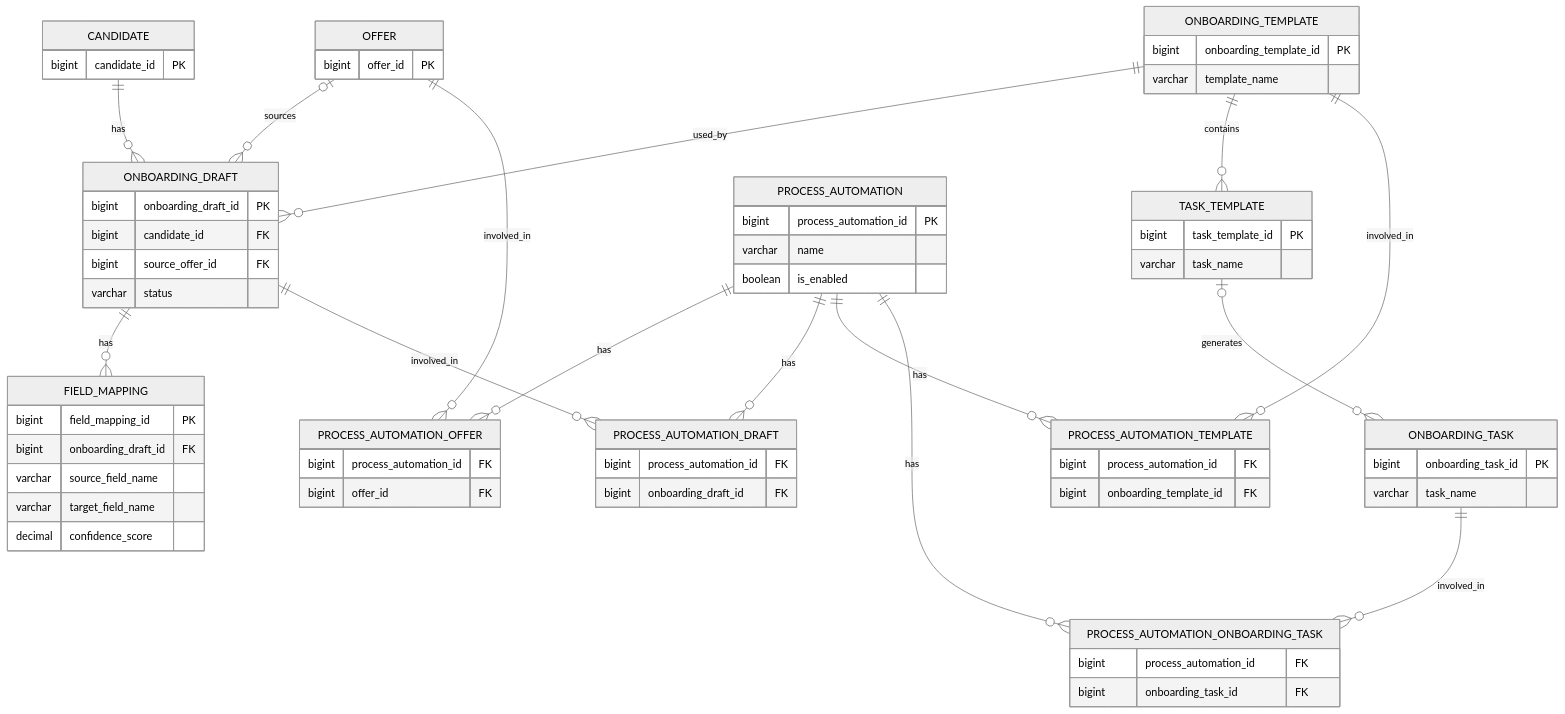
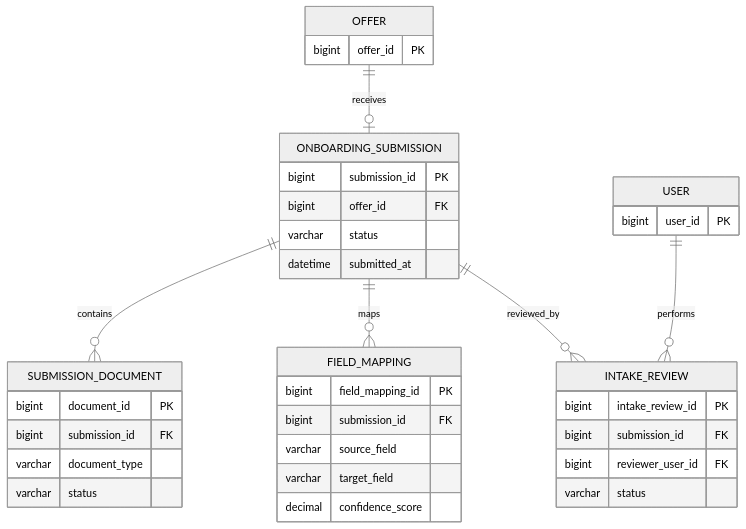
The fourth of 7 diagrams in docs/README.md (Huy1801214/HR), drawn with Mermaid (neutral theme) before and after one commit. The commit also changed other lines of this file, not shown here.

Commit message:
dd HR platform onboarding documentation and entity relationship diagrams

````diff
--- a/docs/README.md
+++ b/docs/README.md
@@ -231,83 +244,51 @@
 ```mermaid
 erDiagram
-
-    CANDIDATE {
-        bigint candidate_id PK
-    }
 
     OFFER {
         bigint offer_id PK
     }
 
-    ONBOARDING_DRAFT {
-        bigint onboarding_draft_id PK
-        bigint candidate_id FK
-        bigint source_offer_id FK
-        varchar status
+    USER {
+        bigint user_id PK
     }
 
-    ONBOARDING_TEMPLATE {
-        bigint onboarding_template_id PK
-        varchar template_name
+    ONBOARDING_SUBMISSION {
+        bigint submission_id PK
+        bigint offer_id FK
+        varchar status
+        datetime submitted_at
     }
 
-    TASK_TEMPLATE {
-        bigint task_template_id PK
-        varchar task_name
-    }
-
-    ONBOARDING_TASK {
-        bigint onboarding_task_id PK
-        varchar task_name
+    SUBMISSION_DOCUMENT {
+        bigint document_id PK
+        bigint submission_id FK
+        varchar document_type
+        varchar status
     }
 
     FIELD_MAPPING {
         bigint field_mapping_id PK
-        bigint onboarding_draft_id FK
-        varchar source_field_name
-        varchar target_field_name
+        bigint submission_id FK
+        varchar source_field
+        varchar target_field
         decimal confidence_score
     }
 
-    PROCESS_AUTOMATION {
-        bigint process_automation_id PK
-        varchar name
-        boolean is_enabled
+    INTAKE_REVIEW {
+        bigint intake_review_id PK
+        bigint submission_id FK
+        bigint reviewer_user_id FK
+        varchar status
     }
 
-    PROCESS_AUTOMATION_OFFER {
-        bigint process_automation_id FK
-        bigint offer_id FK
-    }
 
-    PROCESS_AUTOMATION_DRAFT {
-        bigint process_automation_id FK
-        bigint onboarding_draft_id FK
-    }
+    OFFER ||--o| ONBOARDING_SUBMISSION : receives
 
-    PROCESS_AUTOMATION_TEMPLATE {
-        bigint process_automation_id FK
-        bigint onboarding_template_id FK
-    }
+    ONBOARDING_SUBMISSION ||--o{ SUBMISSION_DOCUMENT : contains
 
-    PROCESS_AUTOMATION_ONBOARDING_TASK {
-        bigint process_automation_id FK
-        bigint onboarding_task_id FK
-    }
+    ONBOARDING_SUBMISSION ||--o{ FIELD_MAPPING : maps
 
-    CANDIDATE ||--o{ ONBOARDING_DRAFT : has
-    OFFER o|--o{ ONBOARDING_DRAFT : sources
-    ONBOARDING_TEMPLATE ||--o{ ONBOARDING_DRAFT : used_by
-    ONBOARDING_TEMPLATE ||--o{ TASK_TEMPLATE : contains
-    ONBOARDING_DRAFT ||--o{ FIELD_MAPPING : has
-    TASK_TEMPLATE o|--o{ ONBOARDING_TASK : generates
+    ONBOARDING_SUBMISSION ||--o{ INTAKE_REVIEW : reviewed_by
 
-    PROCESS_AUTOMATION ||--o{ PROCESS_AUTOMATION_OFFER : has
-    OFFER ||--o{ PROCESS_AUTOMATION_OFFER : involved_in
-    PROCESS_AUTOMATION ||--o{ PROCESS_AUTOMATION_DRAFT : has
-    ONBOARDING_DRAFT ||--o{ PROCESS_AUTOMATION_DRAFT : involved_in
-    PROCESS_AUTOMATION ||--o{ PROCESS_AUTOMATION_TEMPLATE : has
-    ONBOARDING_TEMPLATE ||--o{ PROCESS_AUTOMATION_TEMPLATE : involved_in
-    PROCESS_AUTOMATION ||--o{ PROCESS_AUTOMATION_ONBOARDING_TASK : has
-    ONBOARDING_TASK ||--o{ PROCESS_AUTOMATION_ONBOARDING_TASK : involved_in
+    USER ||--o{ INTAKE_REVIEW : performs
 ```
````
